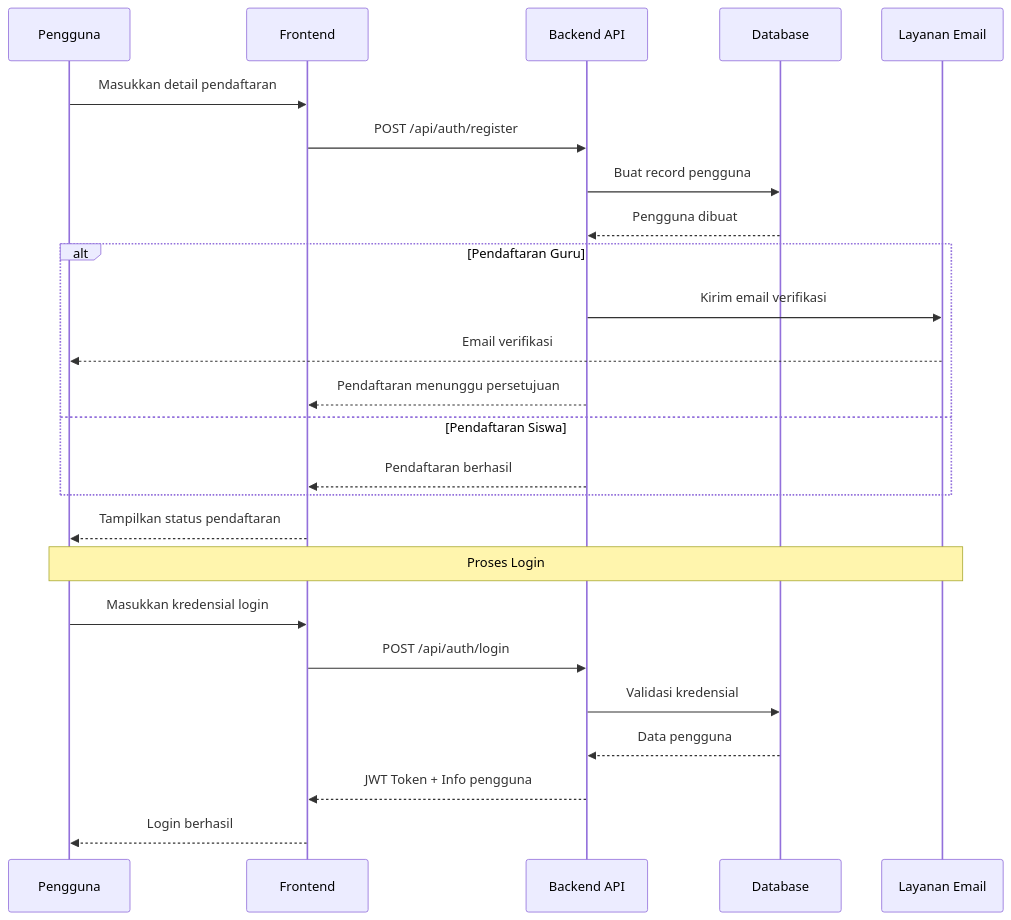
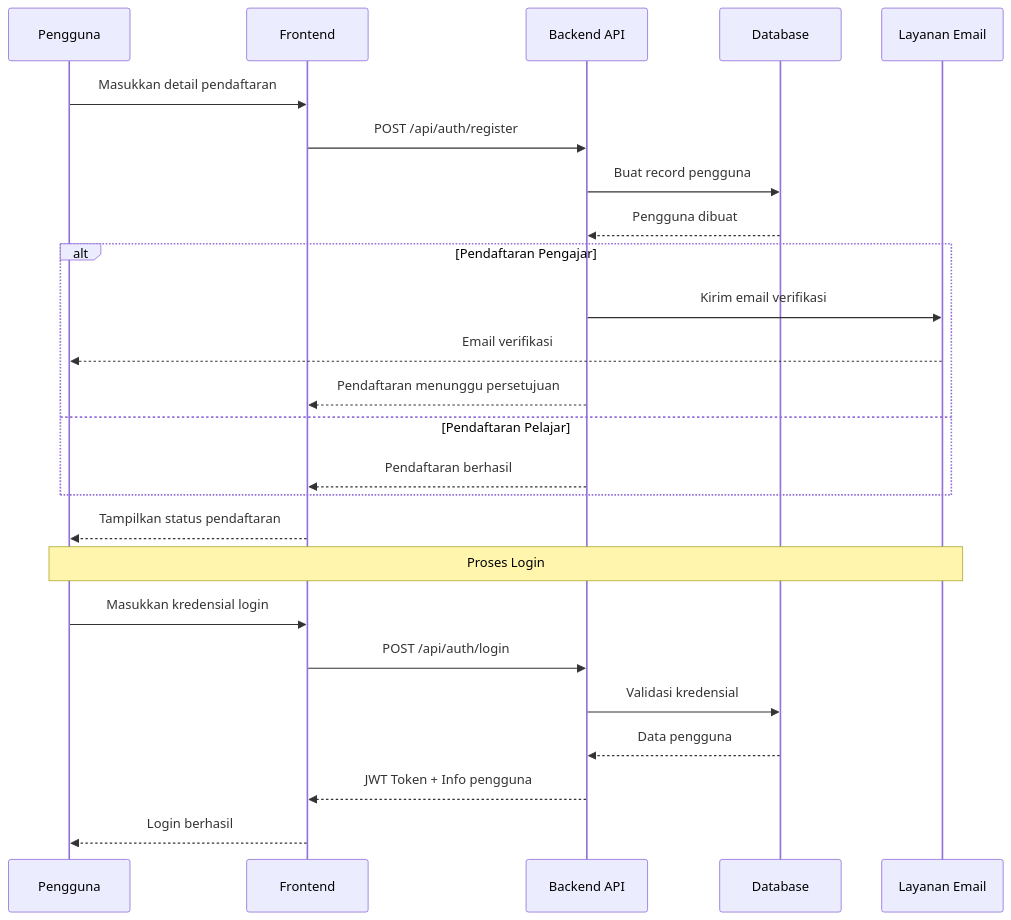
The first of 6 diagrams in sequence-diagrams.md (jonito2005/exam-expert-ai-docs), drawn with Mermaid before and after one commit. The commit also changed other lines of this file and 4 other files, not shown here.

````diff
--- a/sequence-diagrams.md
+++ b/sequence-diagrams.md
@@ -5,31 +5,31 @@
 ```mermaid
 sequenceDiagram
     participant U as Pengguna
     participant F as Frontend
     participant API as Backend API
     participant DB as Database
     participant Email as Layanan Email
 
     U->>F: Masukkan detail pendaftaran
     F->>API: POST /api/auth/register
     API->>DB: Buat record pengguna
     DB-->>API: Pengguna dibuat
     
-    alt Pendaftaran Guru
+    alt Pendaftaran Pengajar
         API->>Email: Kirim email verifikasi
         Email-->>U: Email verifikasi
         API-->>F: Pendaftaran menunggu persetujuan
-    else Pendaftaran Siswa
+    else Pendaftaran Pelajar
         API-->>F: Pendaftaran berhasil
     end
     
     F-->>U: Tampilkan status pendaftaran
 
     Note over U,Email: Proses Login
     U->>F: Masukkan kredensial login
     F->>API: POST /api/auth/login
     API->>DB: Validasi kredensial
     DB-->>API: Data pengguna
     API-->>F: JWT Token + Info pengguna
     F-->>U: Login berhasil
 ```
````
